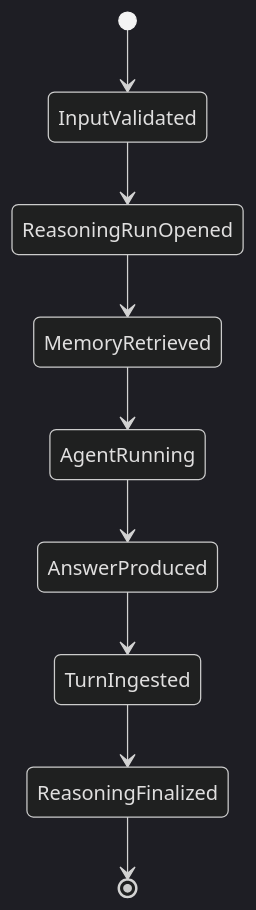
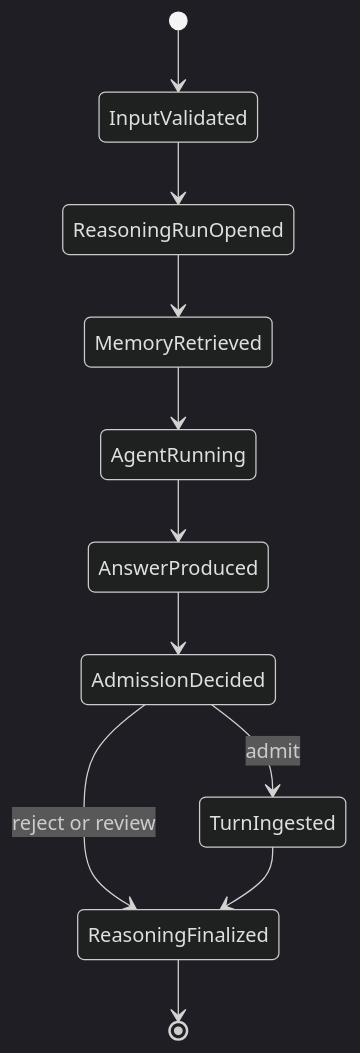
Before and after one commit to Canticle-AI-Research/Ghost: the first of 2 diagrams in docs/operations/MEMORY_LIFECYCLE.md, drawn with Mermaid (dark theme). The commit also changed other lines of this file and 45 other files, not shown here.

````diff
--- a/docs/operations/MEMORY_LIFECYCLE.md
+++ b/docs/operations/MEMORY_LIFECYCLE.md
@@ -8,11 +8,13 @@
 ```mermaid
 stateDiagram-v2
     [*] --> InputValidated
     InputValidated --> ReasoningRunOpened
     ReasoningRunOpened --> MemoryRetrieved
     MemoryRetrieved --> AgentRunning
     AgentRunning --> AnswerProduced
-    AnswerProduced --> TurnIngested
+    AnswerProduced --> AdmissionDecided
+    AdmissionDecided --> TurnIngested: admit
+    AdmissionDecided --> ReasoningFinalized: reject or review
     TurnIngested --> ReasoningFinalized
     ReasoningFinalized --> [*]
 ```
````
